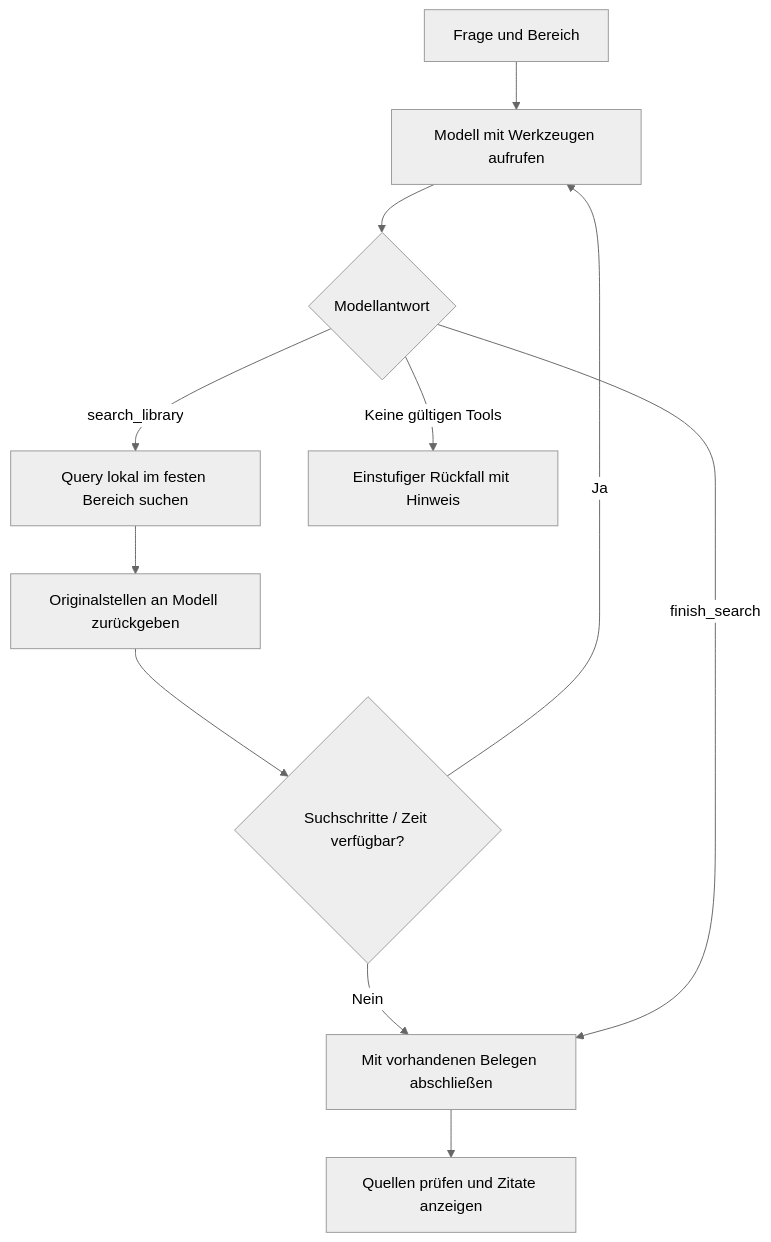
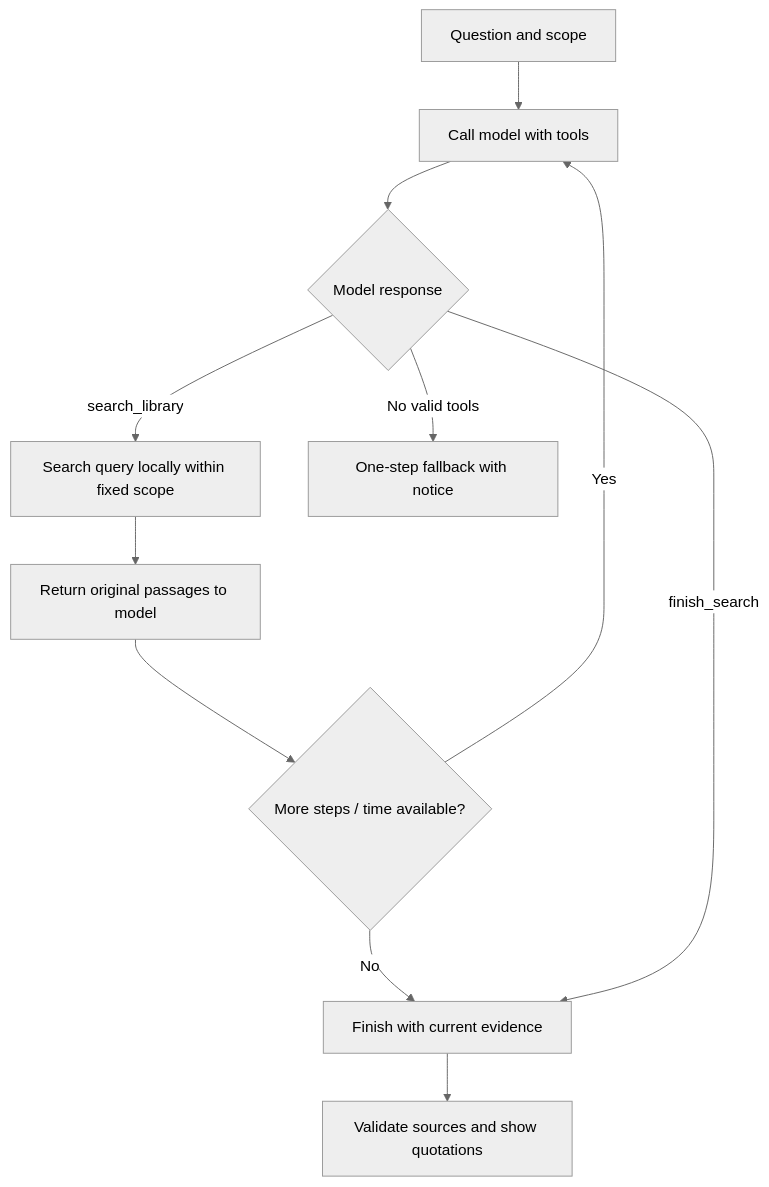
Before and after one commit to Cuzimnero/zitatlotse: the fourth of 5 diagrams in docs/WORKFLOWS.md, drawn with Mermaid (neutral theme). The commit also changed other lines of this file and 17 other files, not shown here.

````diff
--- a/docs/WORKFLOWS.md
+++ b/docs/WORKFLOWS.md
@@ -77,13 +77,13 @@
 ```mermaid
 flowchart TD
-    A[Frage und Bereich] --> B[Modell mit Werkzeugen aufrufen]
-    B --> C{Modellantwort}
-    C -->|search_library| D[Query lokal im festen Bereich suchen]
-    D --> E[Originalstellen an Modell zurückgeben]
-    E --> F{Suchschritte / Zeit verfügbar?}
-    F -->|Ja| B
-    F -->|Nein| G[Mit vorhandenen Belegen abschließen]
+    A[Question and scope] --> B[Call model with tools]
+    B --> C{Model response}
+    C -->|search_library| D[Search query locally within fixed scope]
+    D --> E[Return original passages to model]
+    E --> F{More steps / time available?}
+    F -->|Yes| B
+    F -->|No| G[Finish with current evidence]
     C -->|finish_search| G
-    C -->|Keine gültigen Tools| H[Einstufiger Rückfall mit Hinweis]
-    G --> I[Quellen prüfen und Zitate anzeigen]
+    C -->|No valid tools| H[One-step fallback with notice]
+    G --> I[Validate sources and show quotations]
 ```
````
